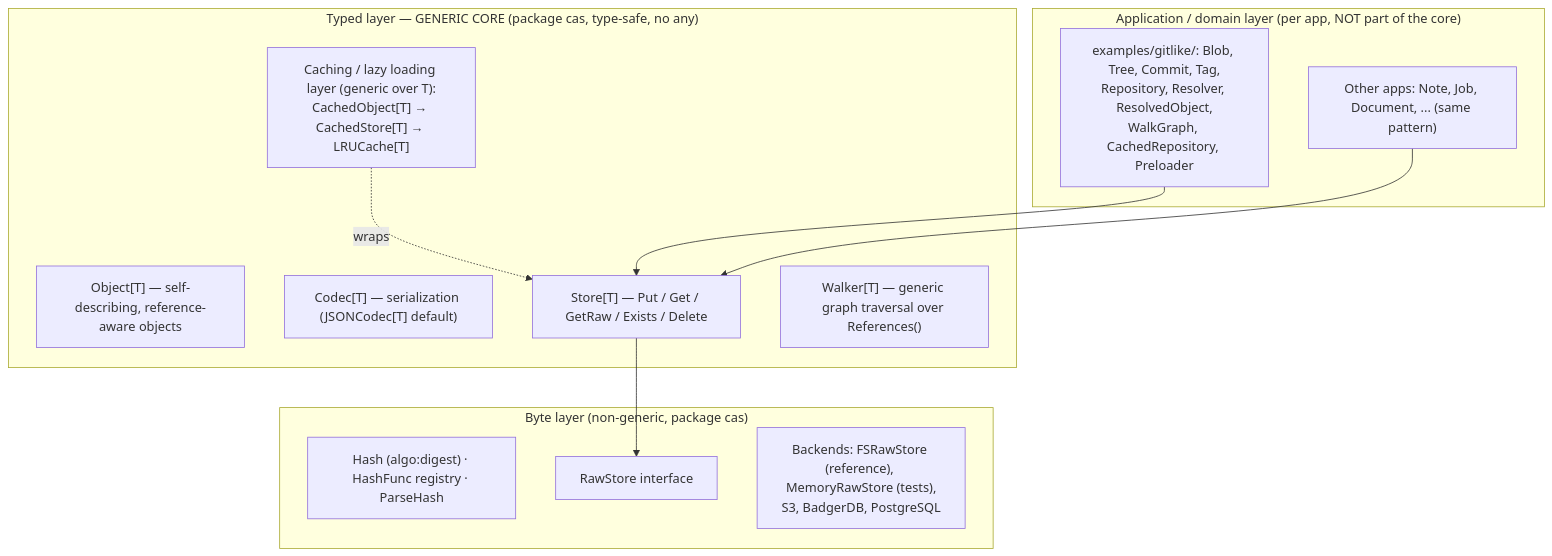
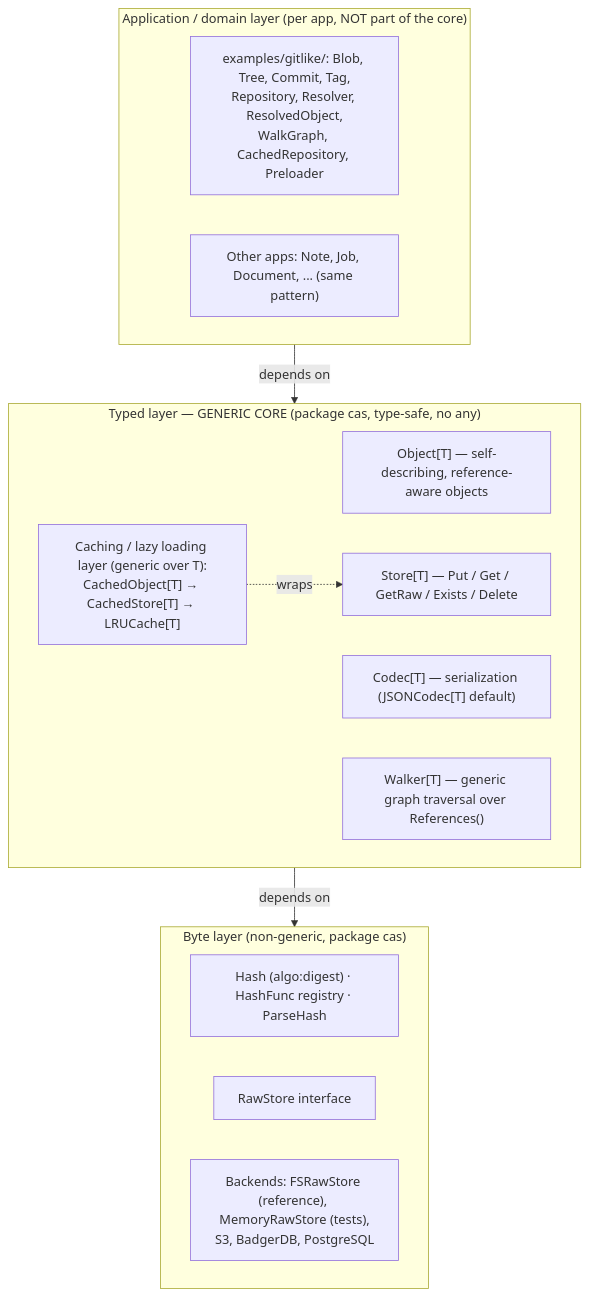
The first of 7 diagrams in .github/instructions/cas-core.instructions.md (dmundt/go-cask), drawn with Mermaid before and after one commit.

Commit message:
docs: force vertical stacking of cas-core §3.1 layer diagram
The §3.1 mermaid rendered with layer boxes ordered by node-edge ranks,
which let unconnected nodes (Object/Codec/Walker, Hash/backends) pull
boxes together instead of a clean top-down stack. Connect the three
subgraphs directly (APP --> TYPED --> BYTE, "depends on"), which dagre
honors as cluster links and orders vertically: application on top, typed
in the middle, byte layer at the bottom. The caching "wraps" edge stays
inside the TYPED subgraph.

No version bump: same cas-core v15 content, diagram-layout only.

````diff
--- a/.github/instructions/cas-core.instructions.md
+++ b/.github/instructions/cas-core.instructions.md
@@ -90,26 +90,25 @@
 ```mermaid
 flowchart TB
     subgraph APP["Application / domain layer (per app, NOT part of the core)"]
         GITLIKE["examples/gitlike/: Blob, Tree, Commit, Tag,<br/>Repository, Resolver, ResolvedObject,<br/>WalkGraph, CachedRepository, Preloader"]
         OTHER["Other apps: Note, Job, Document, ... (same pattern)"]
     end
 
     subgraph TYPED["Typed layer — GENERIC CORE (package cas, type-safe, no any)"]
         OBJECT["Object[T] — self-describing, reference-aware objects"]
         CODEC["Codec[T] — serialization (JSONCodec[T] default)"]
         STORE["Store[T] — Put / Get / GetRaw / Exists / Delete"]
         WALKER["Walker[T] — generic graph traversal over References()"]
         CACHE["Caching / lazy loading layer (generic over T):<br/>CachedObject[T] → CachedStore[T] → LRUCache[T]"]
         CACHE -. "wraps" .-> STORE
     end
 
     subgraph BYTE["Byte layer (non-generic, package cas)"]
         HASH["Hash (algo:digest) · HashFunc registry · ParseHash"]
         RAW["RawStore interface"]
         BACKENDS["Backends: FSRawStore (reference), MemoryRawStore (tests),<br/>S3, BadgerDB, PostgreSQL"]
     end
 
-    GITLIKE --> STORE
-    OTHER --> STORE
-    STORE --> RAW
+    APP -->|"depends on"| TYPED
+    TYPED -->|"depends on"| BYTE
 ```
````
